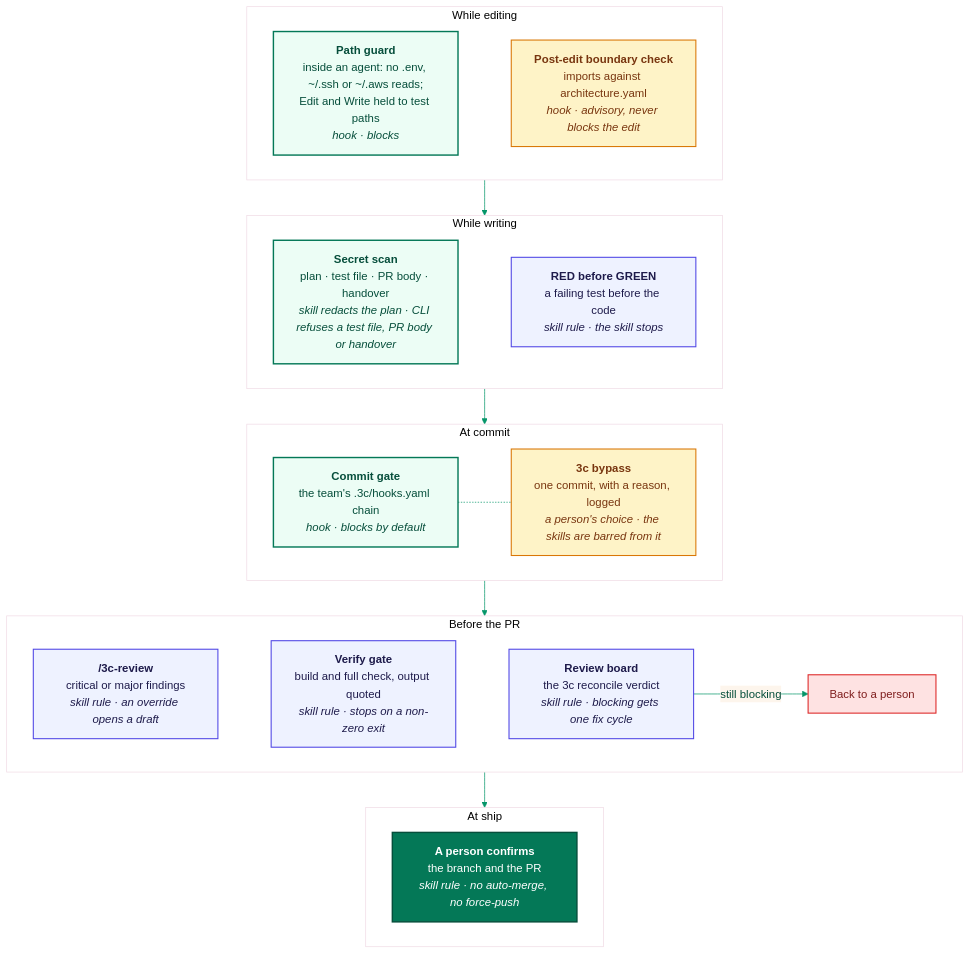
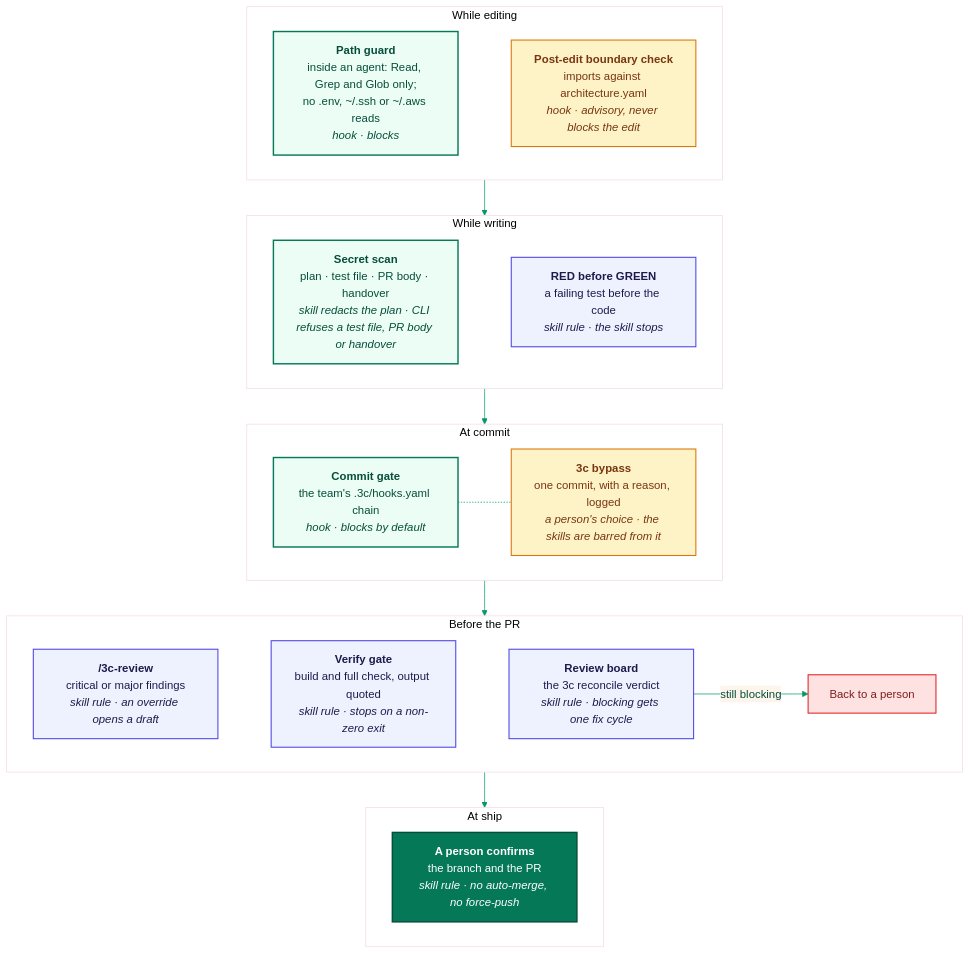
Before and after one commit to kgn-git/3C: the diagram in infographic/diagrams/c-quality-gates.mmd, drawn with Mermaid. The commit also changed 21 other files, not shown here.

Commit message:
site: v2.3.1 — install lines name the release commit b0badf1; infographic fonts self-hosted, board and quality-gate diagrams redrawn (praise @ 7adb59b)

```diff
--- a/infographic/diagrams/c-quality-gates.mmd
+++ b/infographic/diagrams/c-quality-gates.mmd
@@ -1,53 +1,53 @@
 %%{init: {'theme':'base','fontFamily':'arial, sans-serif','themeVariables':{'primaryColor':'#ECFDF5','primaryTextColor':'#064E3B','primaryBorderColor':'#10B981','lineColor':'#059669','fontFamily':'arial, sans-serif','fontSize':'16px'}}}%%
 flowchart TB
   accTitle: 3C quality gates, grouped by when they fire and by who enforces them
   accDescr: While editing, the path guard hook blocks and the post-edit boundary check hook advises without blocking. While writing, the skill redacts secrets from the plan and the CLI refuses a test file, PR body or handover that carries one, and the skill writes a failing test before the code. At commit, the commit gate hook blocks by default; 3c bypass skips one commit with a reason and is logged. Before the PR, the skill stops on critical or major /3c-review findings, on a failing verify gate, and on a blocking review board verdict after one fix cycle. At ship, the skill asks a person to confirm the branch and the PR and never merges on its own.
 
   subgraph EDIT["While editing"]
     direction LR
-    PG["<b>Path guard</b><br/>inside an agent: no .env, ~/.ssh or ~/.aws reads;<br/>Edit and Write held to test paths<br/><i>hook · blocks</i>"]
+    PG["<b>Path guard</b><br/>inside an agent: Read, Grep and Glob only;<br/>no .env, ~/.ssh or ~/.aws reads<br/><i>hook · blocks</i>"]
     PE["<b>Post-edit boundary check</b><br/>imports against architecture.yaml<br/><i>hook · advisory, never blocks the edit</i>"]
   end
 
   subgraph WRITE["While writing"]
     direction LR
     SS["<b>Secret scan</b><br/>plan · test file · PR body · handover<br/><i>skill redacts the plan · CLI refuses a test file, PR body or handover</i>"]
     RG["<b>RED before GREEN</b><br/>a failing test before the code<br/><i>skill rule · the skill stops</i>"]
   end
 
   subgraph COMMIT["At commit"]
     direction LR
     CG["<b>Commit gate</b><br/>the team's .3c/hooks.yaml chain<br/><i>hook · blocks by default</i>"]
     BY["<b>3c bypass</b><br/>one commit, with a reason, logged<br/><i>a person's choice · the skills are barred from it</i>"]
   end
 
   subgraph PRE["Before the PR"]
     direction LR
     RV["<b>/3c-review</b><br/>critical or major findings<br/><i>skill rule · an override opens a draft</i>"]
     VG["<b>Verify gate</b><br/>build and full check, output quoted<br/><i>skill rule · stops on a non-zero exit</i>"]
     RB["<b>Review board</b><br/>the 3c reconcile verdict<br/><i>skill rule · blocking gets one fix cycle</i>"]
     PERSON["Back to a person"]
     RB -->|still blocking| PERSON
   end
 
   subgraph SHIP["At ship"]
     direction LR
     HU["<b>A person confirms</b><br/>the branch and the PR<br/><i>skill rule · no auto-merge, no force-push</i>"]
   end
 
   EDIT --> WRITE --> COMMIT --> PRE --> SHIP
   CG -.- BY
   PG ~~~ PE
   SS ~~~ RG
   RV ~~~ VG ~~~ RB
 
   classDef enforced fill:#ECFDF5,stroke:#047857,color:#064E3B,stroke-width:2px
   classDef rule fill:#EEF2FF,stroke:#4F46E5,color:#1E1B4B,stroke-width:1.5px
   classDef advisory fill:#FEF3C7,stroke:#D97706,color:#78350F,stroke-width:1.5px
   classDef human fill:#047857,stroke:#064E3B,color:#fff,stroke-width:2px
   classDef stop fill:#FEE2E2,stroke:#DC2626,color:#7F1D1D,stroke-width:1.5px
   class PG,SS,CG enforced
   class RG,RV,VG,RB rule
   class PE,BY advisory
   class HU human
   class PERSON stop
```
